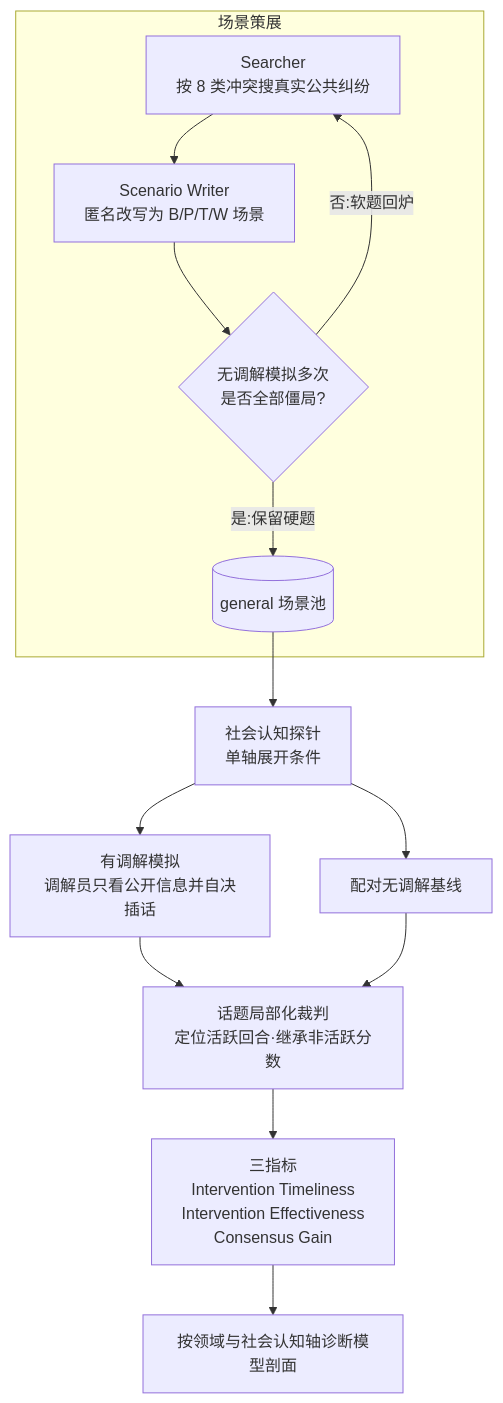
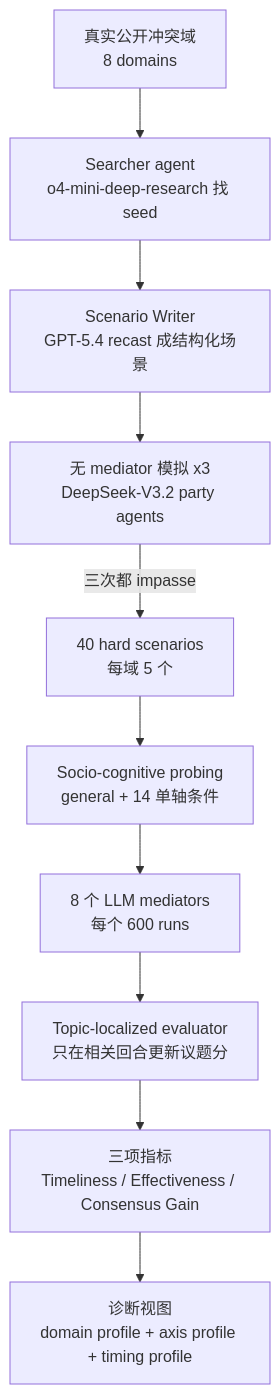
Before and after one commit to Solvement/ai-brief-v2: the diagram in content/papers/2606.05563-socrates-mediation-eval/paper.mdx, drawn with Mermaid. The commit also changed other lines of this file and 26 other files, not shown here.

````diff
--- a/content/papers/2606.05563-socrates-mediation-eval/paper.mdx
+++ b/content/papers/2606.05563-socrates-mediation-eval/paper.mdx
@@ -42,16 +43,12 @@
 ```mermaid
 flowchart TD
-  subgraph ScenarioCuration[场景策展]
-    A[Searcher<br/>按 8 类冲突搜真实公共纠纷] --> B[Scenario Writer<br/>匿名改写为 B/P/T/W 场景]
-    B --> C{无调解模拟多次<br/>是否全部僵局?}
-    C -->|否:软题回炉| A
-    C -->|是:保留硬题| D[(general 场景池)]
-  end
-  D --> E[社会认知探针<br/>单轴展开条件]
-  E --> F[有调解模拟<br/>调解员只看公开信息并自决插话]
-  E --> G[配对无调解基线]
-  F --> H[话题局部化裁判<br/>定位活跃回合·继承非活跃分数]
-  G --> H
-  H --> I[三指标<br/>Intervention Timeliness<br/>Intervention Effectiveness<br/>Consensus Gain]
-  I --> J[按领域与社会认知轴诊断模型剖面]
+  A[真实公开冲突域<br/>8 domains] --> B[Searcher agent<br/>o4-mini-deep-research 找 seed]
+  B --> C[Scenario Writer<br/>GPT-5.4 recast 成结构化场景]
+  C --> D[无 mediator 模拟 x3<br/>DeepSeek-V3.2 party agents]
+  D -->|三次都 impasse| E[40 hard scenarios<br/>每域 5 个]
+  E --> F[Socio-cognitive probing<br/>general + 14 单轴条件]
+  F --> G[8 个 LLM mediators<br/>每个 600 runs]
+  G --> H[Topic-localized evaluator<br/>只在相关回合更新议题分]
+  H --> I[三项指标<br/>Timeliness / Effectiveness / Consensus Gain]
+  I --> J[诊断视图<br/>domain profile + axis profile + timing profile]
 ```
````
